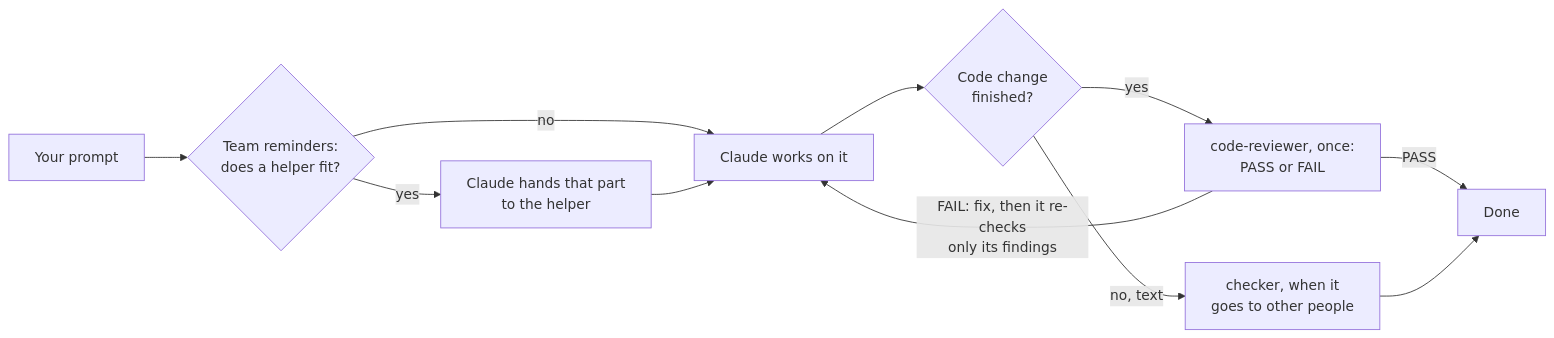
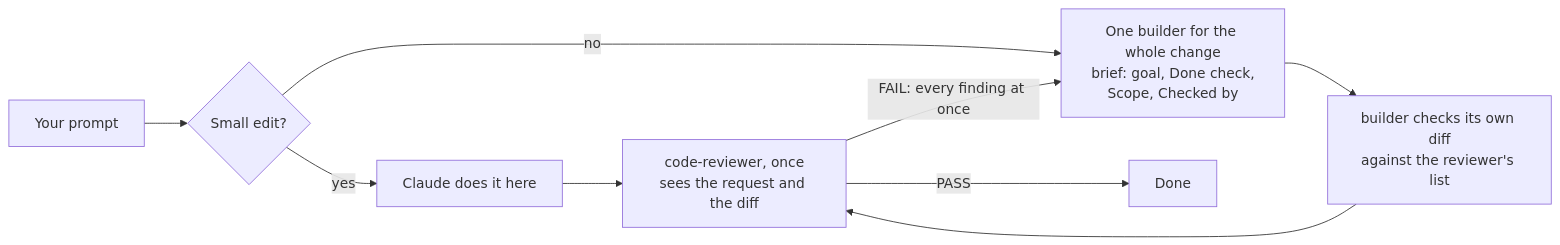
The first of 2 diagrams in office-pack/PIPELINE.md (oscarwu2001/remex-agent-s-home), drawn with Mermaid before and after one commit. The commit also changed other lines of this file and 8 other files, not shown here.

````diff
--- a/office-pack/PIPELINE.md
+++ b/office-pack/PIPELINE.md
@@ -11,13 +10,11 @@
 ```mermaid
 flowchart LR
-  P[Your prompt] --> H{Team reminders:<br/>does a helper fit?}
-  H -- no --> C[Claude works on it]
-  H -- yes --> T[Claude hands that part<br/>to the helper]
-  T --> C
-  C --> R{Code change<br/>finished?}
-  R -- yes --> CR[code-reviewer, once:<br/>PASS or FAIL]
-  CR -- FAIL: fix, then it re-checks<br/>only its findings --> C
-  CR -- PASS --> D[Done]
-  R -- no, text --> CK[checker, when it<br/>goes to other people]
-  CK --> D
+  P[Your prompt] --> S{Small edit?}
+  S -- yes --> C[Claude does it here]
+  S -- no --> B[One builder for the whole change<br/>brief: goal, Done check,<br/>Scope, Checked by]
+  B --> SC[builder checks its own diff<br/>against the reviewer's list]
+  SC --> R[code-reviewer, once<br/>sees the request and the diff]
+  C --> R
+  R -- FAIL: every finding at once --> B
+  R -- PASS --> D[Done]
 ```
````
